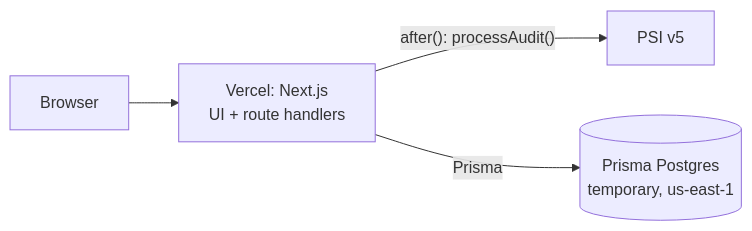
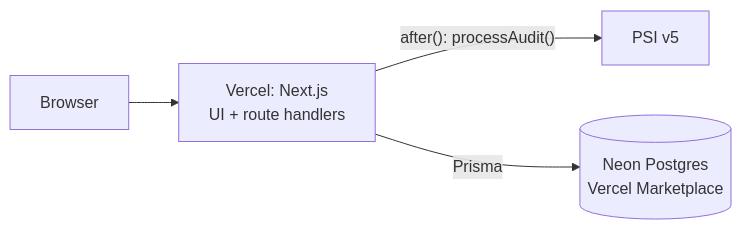
The second of 2 diagrams in README.md (yipyipperton/veloaudit), drawn with Mermaid before and after one commit. The commit also changed other lines of this file and 16 other files, not shown here.

Commit message:
Demo on Neon Postgres via Vercel Marketplace; migrate with unpooled URL

````diff
--- a/README.md
+++ b/README.md
@@ -70,6 +70,6 @@
 ```mermaid
 flowchart LR
   U[Browser] --> V[Vercel: Next.js<br/>UI + route handlers]
   V -->|"after(): processAudit()"| PSI[PSI v5]
-  V -->|Prisma| PG[(Prisma Postgres<br/>temporary, us-east-1)]
+  V -->|Prisma| PG[(Neon Postgres<br/>Vercel Marketplace)]
 ```
````
